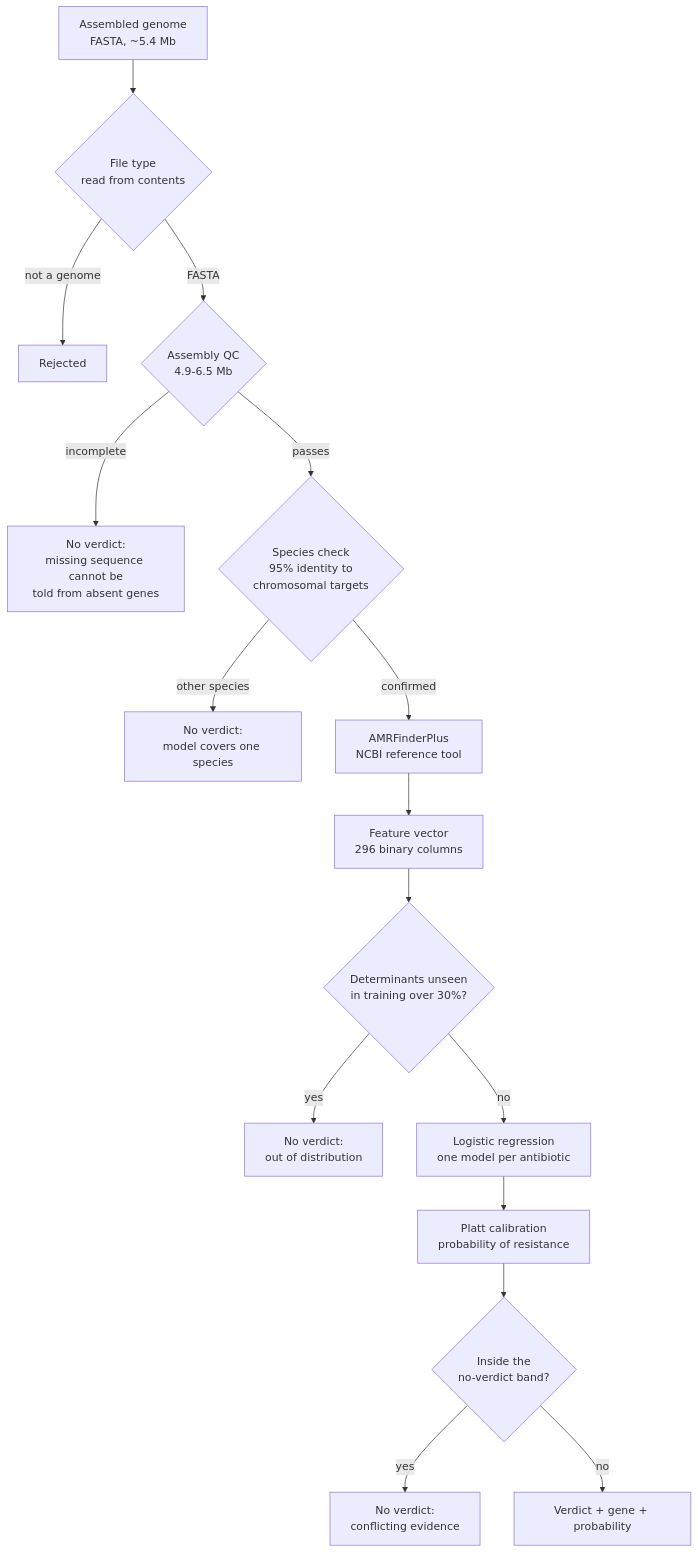
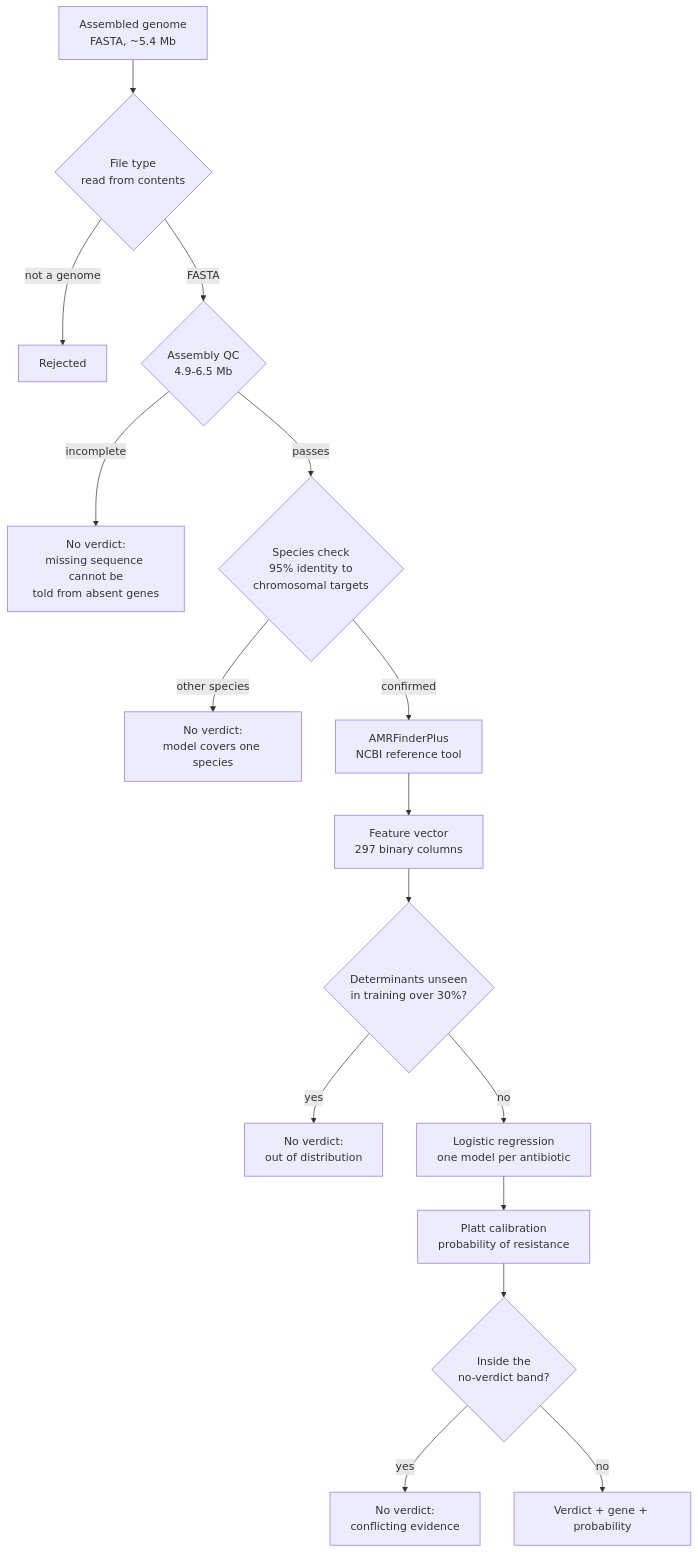
One commit to shabaiho/genomecrypt changed the first of 3 diagrams in README.md. Above: the diagram before and after it, drawn with Mermaid. The commit also changed other lines of this file and 31 other files, not shown here.

````diff
--- a/README.md
+++ b/README.md
@@ -44,18 +44,18 @@
 ```mermaid
 flowchart TD
     A["Assembled genome<br/>FASTA, ~5.4 Mb"] --> B{"File type<br/>read from contents"}
     B -->|not a genome| X1["Rejected"]
     B -->|FASTA| C{"Assembly QC<br/>4.9-6.5 Mb"}
     C -->|incomplete| X2["No verdict:<br/>missing sequence cannot be<br/>told from absent genes"]
     C -->|passes| D{"Species check<br/>95% identity to<br/>chromosomal targets"}
     D -->|other species| X3["No verdict:<br/>model covers one species"]
     D -->|confirmed| E["AMRFinderPlus<br/>NCBI reference tool"]
-    E --> F["Feature vector<br/>296 binary columns"]
+    E --> F["Feature vector<br/>297 binary columns"]
     F --> G{"Determinants unseen<br/>in training over 30%?"}
     G -->|yes| X4["No verdict:<br/>out of distribution"]
     G -->|no| H["Logistic regression<br/>one model per antibiotic"]
     H --> I["Platt calibration<br/>probability of resistance"]
     I --> J{"Inside the<br/>no-verdict band?"}
     J -->|yes| X5["No verdict:<br/>conflicting evidence"]
     J -->|no| K["Verdict + gene + probability"]
 ```
````
